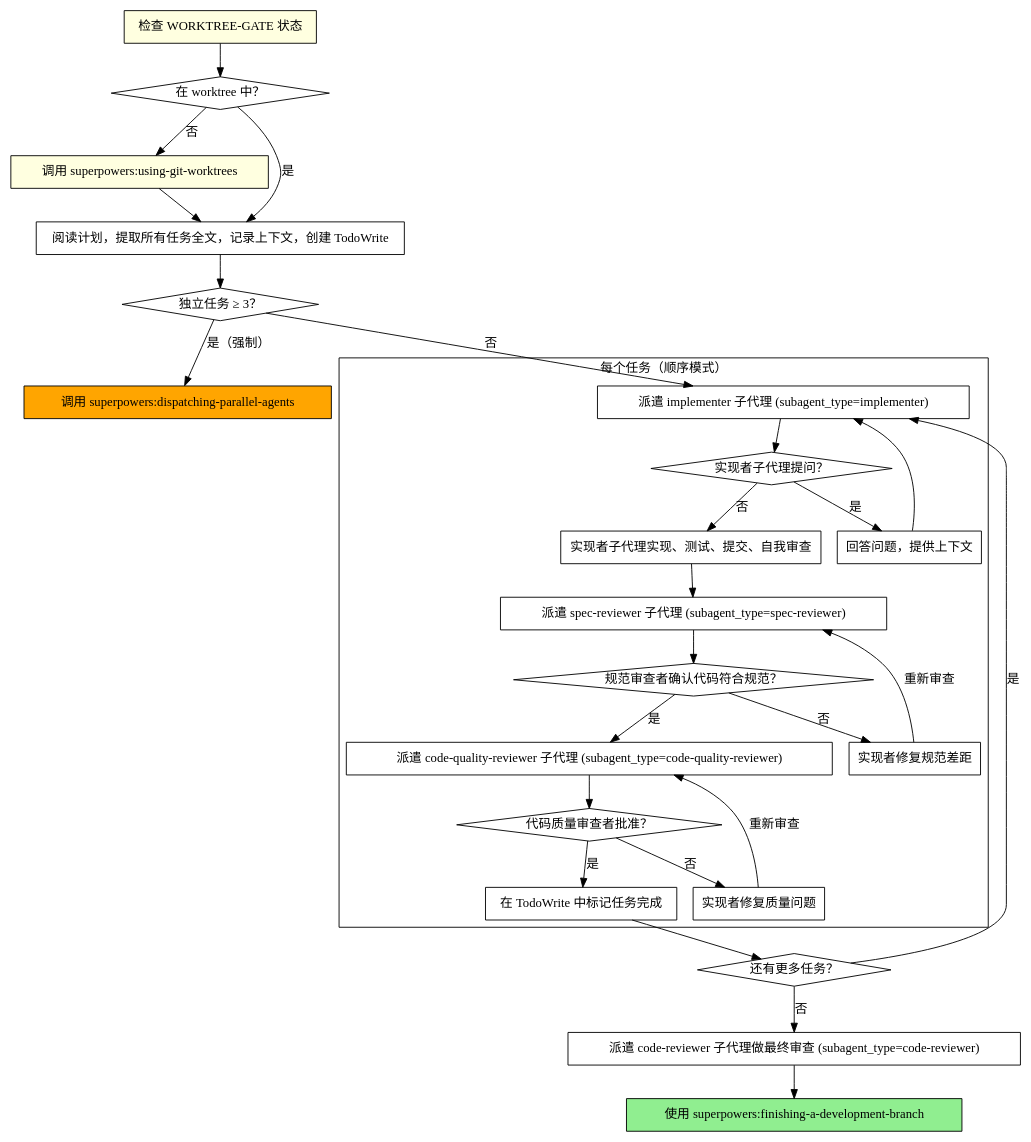
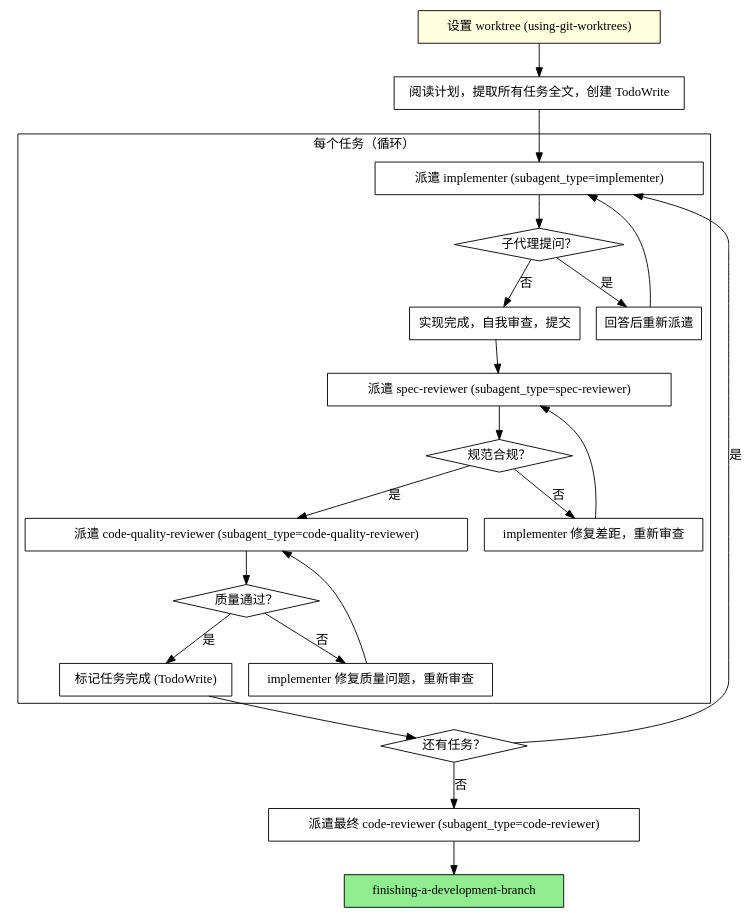
Before and after one commit to 772778995/ai-auto-chess: the second of 2 diagrams in .iflow/skills/subagent-driven-development/SKILL.md, drawn with Graphviz. The commit also changed other lines of this file and 11 other files, not shown here.

````diff
--- a/.iflow/skills/subagent-driven-development/SKILL.md
+++ b/.iflow/skills/subagent-driven-development/SKILL.md
@@ -112,56 +60,47 @@
 ```dot
 digraph process {
     rankdir=TB;
 
-    "检查 WORKTREE-GATE 状态" [shape=box style=filled fillcolor=lightyellow];
-    "在 worktree 中？" [shape=diamond];
-    "调用 superpowers:using-git-worktrees" [shape=box style=filled fillcolor=lightyellow];
-    "阅读计划，提取所有任务全文，记录上下文，创建 TodoWrite" [shape=box];
-    "独立任务 ≥ 3？" [shape=diamond];
-    "调用 superpowers:dispatching-parallel-agents" [shape=box style=filled fillcolor=orange];
+    "设置 worktree (using-git-worktrees)" [shape=box style=filled fillcolor=lightyellow];
+    "阅读计划，提取所有任务全文，创建 TodoWrite" [shape=box];
 
     subgraph cluster_per_task {
-        label="每个任务（顺序模式）";
-        "派遣 implementer 子代理 (subagent_type=implementer)" [shape=box];
-        "实现者子代理提问？" [shape=diamond];
-        "回答问题，提供上下文" [shape=box];
-        "实现者子代理实现、测试、提交、自我审查" [shape=box];
-        "派遣 spec-reviewer 子代理 (subagent_type=spec-reviewer)" [shape=box];
-        "规范审查者确认代码符合规范？" [shape=diamond];
-        "实现者修复规范差距" [shape=box];
-        "派遣 code-quality-reviewer 子代理 (subagent_type=code-quality-reviewer)" [shape=box];
-        "代码质量审查者批准？" [shape=diamond];
-        "实现者修复质量问题" [shape=box];
-        "在 TodoWrite 中标记任务完成" [shape=box];
+        label="每个任务（循环）";
+        "派遣 implementer (subagent_type=implementer)" [shape=box];
+        "子代理提问？" [shape=diamond];
+        "回答后重新派遣" [shape=box];
+        "实现完成，自我审查，提交" [shape=box];
+        "派遣 spec-reviewer (subagent_type=spec-reviewer)" [shape=box];
+        "规范合规？" [shape=diamond];
+        "implementer 修复差距，重新审查" [shape=box];
+        "派遣 code-quality-reviewer (subagent_type=code-quality-reviewer)" [shape=box];
+        "质量通过？" [shape=diamond];
+        "implementer 修复质量问题，重新审查" [shape=box];
+        "标记任务完成 (TodoWrite)" [shape=box];
     }
 
-    "还有更多任务？" [shape=diamond];
-    "派遣 code-reviewer 子代理做最终审查 (subagent_type=code-reviewer)" [shape=box];
-    "使用 superpowers:finishing-a-development-branch" [shape=box style=filled fillcolor=lightgreen];
+    "还有任务？" [shape=diamond];
+    "派遣最终 code-reviewer (subagent_type=code-reviewer)" [shape=box];
+    "finishing-a-development-branch" [shape=box style=filled fillcolor=lightgreen];
 
-    "检查 WORKTREE-GATE 状态" -> "在 worktree 中？";
-    "在 worktree 中？" -> "调用 superpowers:using-git-worktrees" [label="否"];
-    "调用 superpowers:using-git-worktrees" -> "阅读计划，提取所有任务全文，记录上下文，创建 TodoWrite";
-    "在 worktree 中？" -> "阅读计划，提取所有任务全文，记录上下文，创建 TodoWrite" [label="是"];
-    "阅读计划，提取所有任务全文，记录上下文，创建 TodoWrite" -> "独立任务 ≥ 3？";
-    "独立任务 ≥ 3？" -> "调用 superpowers:dispatching-parallel-agents" [label="是（强制）"];
-    "独立任务 ≥ 3？" -> "派遣 implementer 子代理 (subagent_type=implementer)" [label="否"];
-    "派遣 implementer 子代理 (subagent_type=implementer)" -> "实现者子代理提问？";
-    "实现者子代理提问？" -> "回答问题，提供上下文" [label="是"];
-    "回答问题，提供上下文" -> "派遣 implementer 子代理 (subagent_type=implementer)";
-    "实现者子代理提问？" -> "实现者子代理实现、测试、提交、自我审查" [label="否"];
-    "实现者子代理实现、测试、提交、自我审查" -> "派遣 spec-reviewer 子代理 (subagent_type=spec-reviewer)";
-    "派遣 spec-reviewer 子代理 (subagent_type=spec-reviewer)" -> "规范审查者确认代码符合规范？";
-    "规范审查者确认代码符合规范？" -> "实现者修复规范差距" [label="否"];
-    "实现者修复规范差距" -> "派遣 spec-reviewer 子代理 (subagent_type=spec-reviewer)" [label="重新审查"];
-    "规范审查者确认代码符合规范？" -> "派遣 code-quality-reviewer 子代理 (subagent_type=code-quality-reviewer)" [label="是"];
-    "派遣 code-quality-reviewer 子代理 (subagent_type=code-quality-reviewer)" -> "代码质量审查者批准？";
-    "代码质量审查者批准？" -> "实现者修复质量问题" [label="否"];
-    "实现者修复质量问题" -> "派遣 code-quality-reviewer 子代理 (subagent_type=code-quality-reviewer)" [label="重新审查"];
-    "代码质量审查者批准？" -> "在 TodoWrite 中标记任务完成" [label="是"];
-    "在 TodoWrite 中标记任务完成" -> "还有更多任务？";
-    "还有更多任务？" -> "派遣 implementer 子代理 (subagent_type=implementer)" [label="是"];
-    "还有更多任务？" -> "派遣 code-reviewer 子代理做最终审查 (subagent_type=code-reviewer)" [label="否"];
-    "派遣 code-reviewer 子代理做最终审查 (subagent_type=code-reviewer)" -> "使用 superpowers:finishing-a-development-branch";
+    "设置 worktree (using-git-worktrees)" -> "阅读计划，提取所有任务全文，创建 TodoWrite";
+    "阅读计划，提取所有任务全文，创建 TodoWrite" -> "派遣 implementer (subagent_type=implementer)";
+    "派遣 implementer (subagent_type=implementer)" -> "子代理提问？";
+    "子代理提问？" -> "回答后重新派遣" [label="是"];
+    "回答后重新派遣" -> "派遣 implementer (subagent_type=implementer)";
+    "子代理提问？" -> "实现完成，自我审查，提交" [label="否"];
+    "实现完成，自我审查，提交" -> "派遣 spec-reviewer (subagent_type=spec-reviewer)";
+    "派遣 spec-reviewer (subagent_type=spec-reviewer)" -> "规范合规？";
+    "规范合规？" -> "implementer 修复差距，重新审查" [label="否"];
+    "implementer 修复差距，重新审查" -> "派遣 spec-reviewer (subagent_type=spec-reviewer)";
+    "规范合规？" -> "派遣 code-quality-reviewer (subagent_type=code-quality-reviewer)" [label="是"];
+    "派遣 code-quality-reviewer (subagent_type=code-quality-reviewer)" -> "质量通过？";
+    "质量通过？" -> "implementer 修复质量问题，重新审查" [label="否"];
+    "implementer 修复质量问题，重新审查" -> "派遣 code-quality-reviewer (subagent_type=code-quality-reviewer)";
+    "质量通过？" -> "标记任务完成 (TodoWrite)" [label="是"];
+    "标记任务完成 (TodoWrite)" -> "还有任务？";
+    "还有任务？" -> "派遣 implementer (subagent_type=implementer)" [label="是"];
+    "还有任务？" -> "派遣最终 code-reviewer (subagent_type=code-reviewer)" [label="否"];
+    "派遣最终 code-reviewer (subagent_type=code-reviewer)" -> "finishing-a-development-branch";
 }
 ```
````
